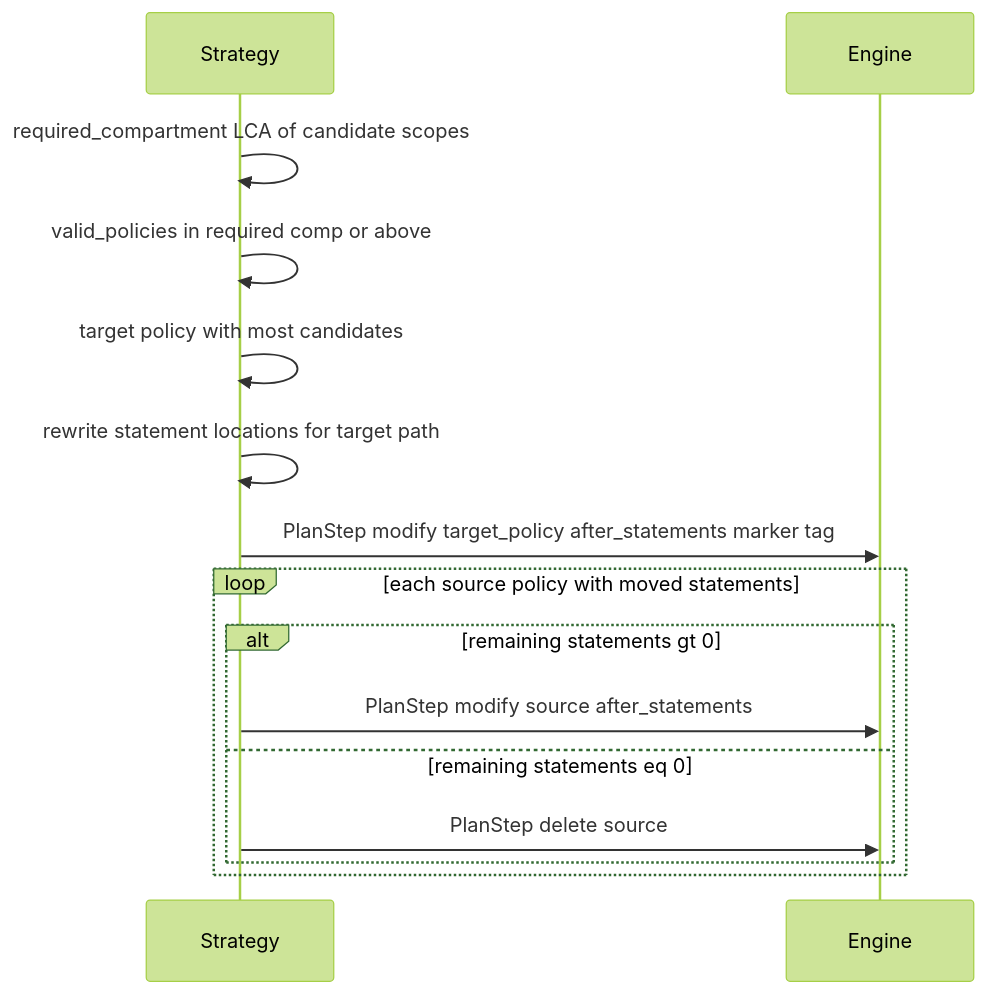
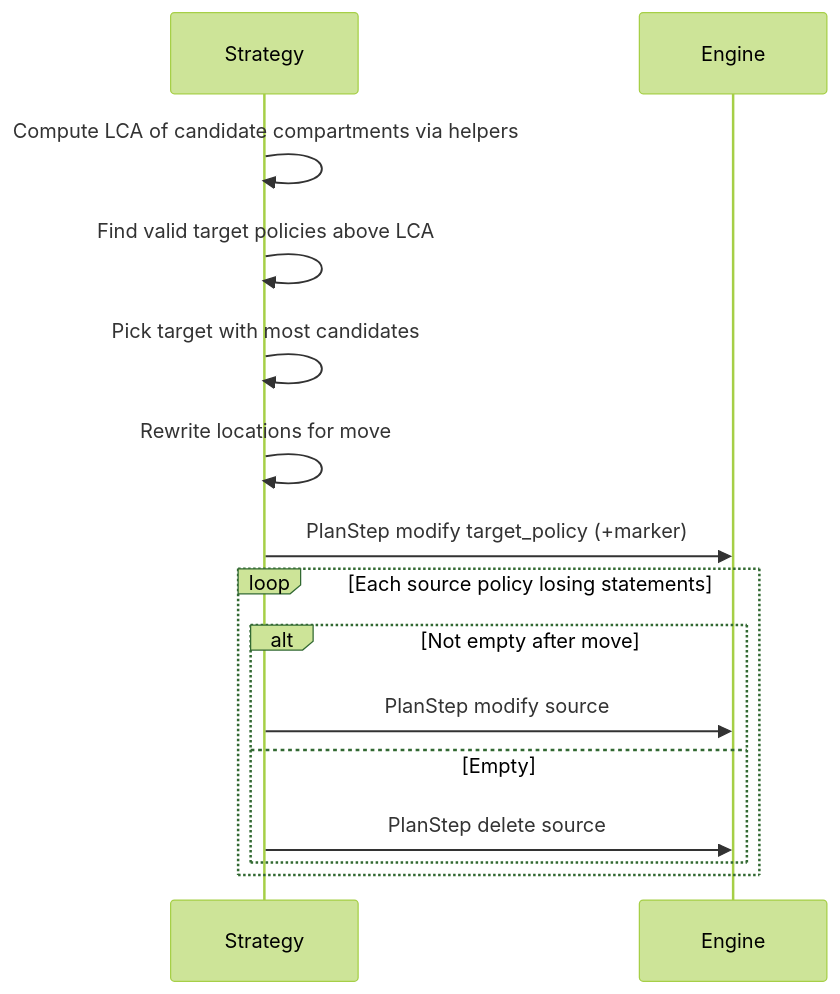
One commit to agregory999/oci-policy-analysis changed the second of 12 diagrams in docs/context/project/CONTEXT_policy_consolidation.md. Above: the diagram before and after it, drawn with Mermaid (forest theme). The commit also changed other lines of this file and 24 other files, not shown here.

````diff
--- a/docs/context/project/CONTEXT_policy_consolidation.md
+++ b/docs/context/project/CONTEXT_policy_consolidation.md
@@ -84,17 +86,17 @@
 ```mermaid
 sequenceDiagram
     participant Strategy
     participant Engine
-    Strategy->>Strategy: required_compartment LCA of candidate scopes
-    Strategy->>Strategy: valid_policies in required comp or above
-    Strategy->>Strategy: target policy with most candidates
-    Strategy->>Strategy: rewrite statement locations for target path
-    Strategy->>Engine: PlanStep modify target_policy after_statements marker tag
-    loop each source policy with moved statements
-        alt remaining statements gt 0
-            Strategy->>Engine: PlanStep modify source after_statements
-        else remaining statements eq 0
+    Strategy->>Strategy: Compute LCA of candidate compartments via helpers
+    Strategy->>Strategy: Find valid target policies above LCA
+    Strategy->>Strategy: Pick target with most candidates
+    Strategy->>Strategy: Rewrite locations for move
+    Strategy->>Engine: PlanStep modify target_policy (+marker)
+    loop Each source policy losing statements
+        alt Not empty after move
+            Strategy->>Engine: PlanStep modify source
+        else Empty
             Strategy->>Engine: PlanStep delete source
         end
     end
 ```
````
